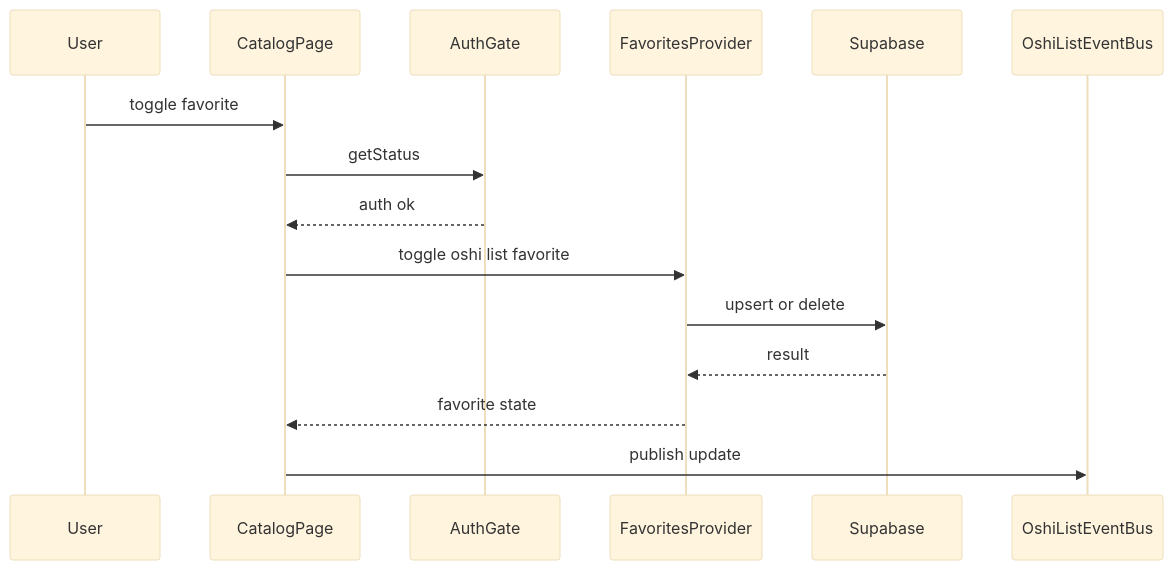
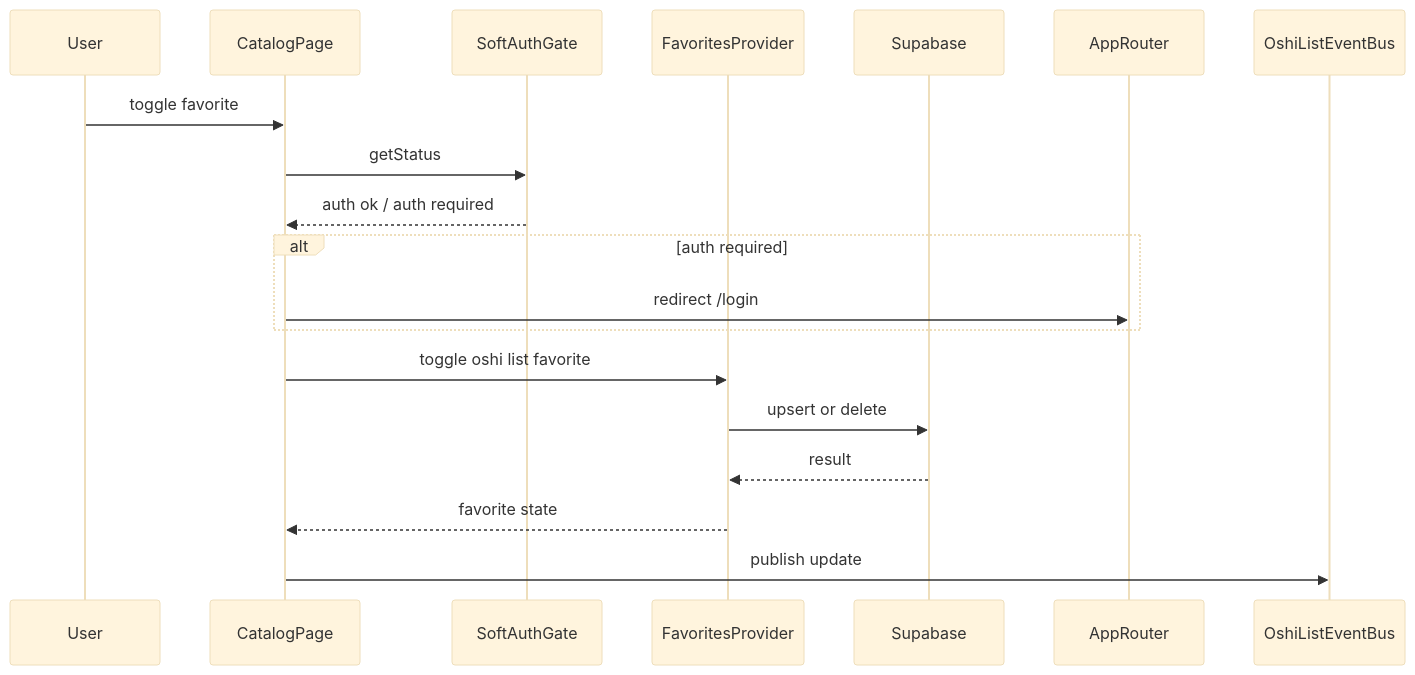
One commit to arinko39140/mangadouga changed the third of 4 diagrams in .kiro/specs/oshi-list-favorites-registered-only/design.md. Above: the diagram before and after it, drawn with Mermaid (base theme). The commit also changed other lines of this file, not shown here.

Commit message:
Adjust auth flow for public pages

````diff
--- a/.kiro/specs/oshi-list-favorites-registered-only/design.md
+++ b/.kiro/specs/oshi-list-favorites-registered-only/design.md
@@ -126,16 +127,19 @@
 ```mermaid
 sequenceDiagram
   participant User
   participant CatalogPage
-  participant AuthGate
+  participant SoftAuthGate
   participant FavoritesProvider
   participant Supabase
   User ->> CatalogPage: toggle favorite
-  CatalogPage ->> AuthGate: getStatus
-  AuthGate -->> CatalogPage: auth ok
+  CatalogPage ->> SoftAuthGate: getStatus
+  SoftAuthGate -->> CatalogPage: auth ok / auth required
+  alt auth required
+    CatalogPage ->> AppRouter: redirect /login
+  end
   CatalogPage ->> FavoritesProvider: toggle oshi list favorite
   FavoritesProvider ->> Supabase: upsert or delete
   Supabase -->> FavoritesProvider: result
   FavoritesProvider -->> CatalogPage: favorite state
   CatalogPage ->> OshiListEventBus: publish update
 ```
````
